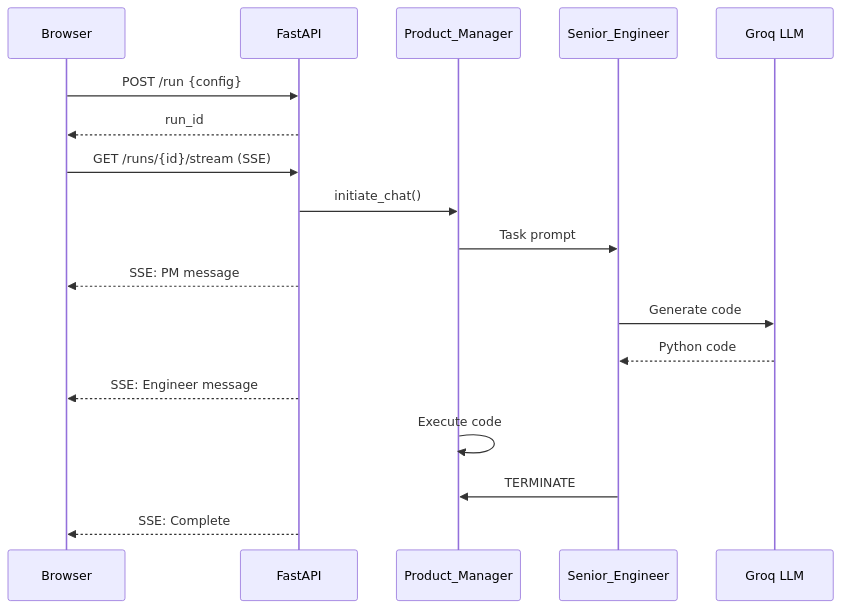
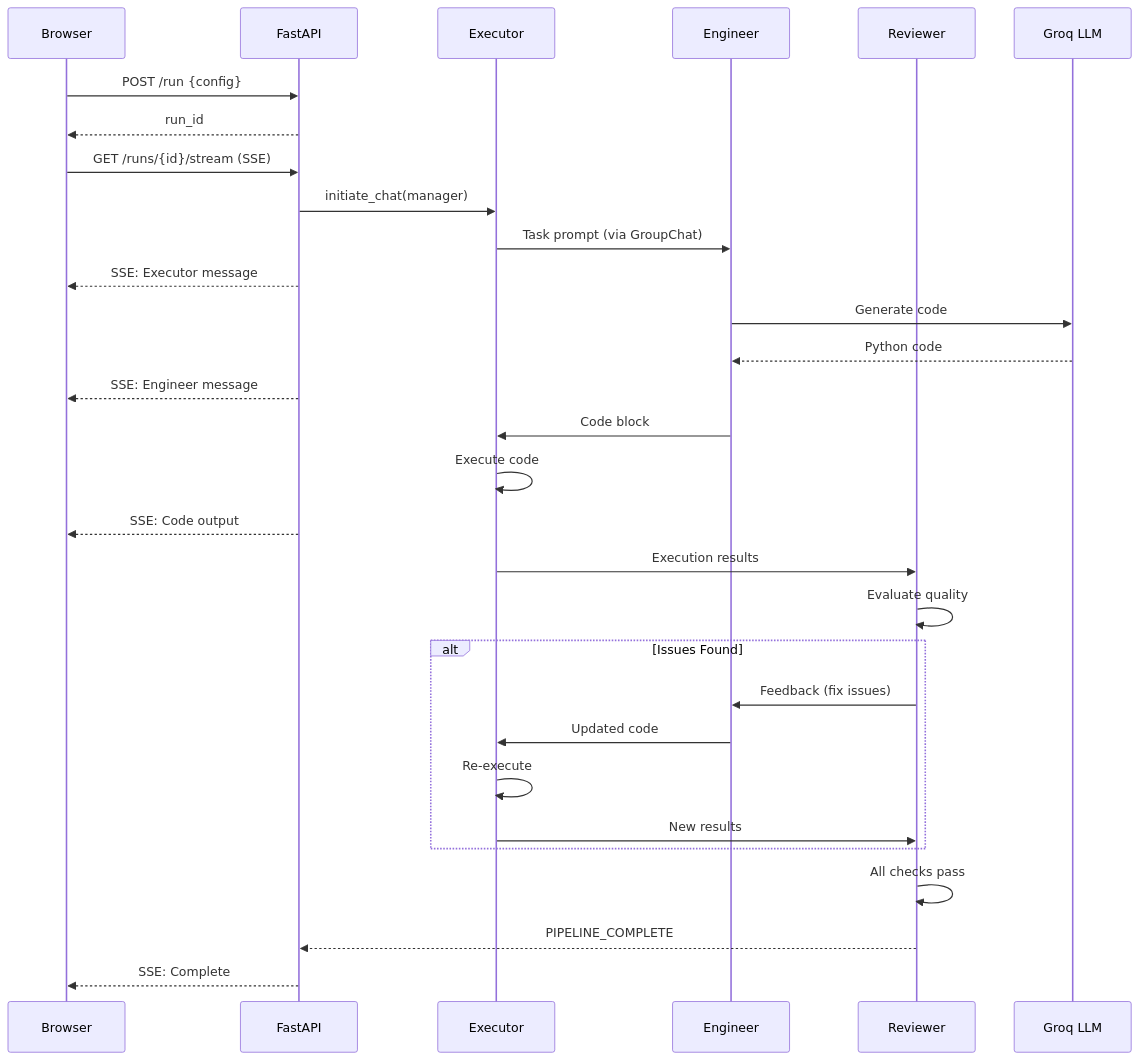
One commit to ishan-1010/CognitionFlow changed the diagram in README.md. Above: the diagram before and after it, drawn with Mermaid. The commit also changed other lines of this file and 16 other files, not shown here.

Commit message:
chore: Update Dockerfile and dependencies, enhance README, and implement three-agent review loop in the API. Version bumped to 3.0.0 with improved task templates and UI enhancements.

````diff
--- a/README.md
+++ b/README.md
@@ -161,24 +110,39 @@
 ```mermaid
 sequenceDiagram
     participant Browser
     participant FastAPI
-    participant PM as Product_Manager
-    participant Eng as Senior_Engineer
+    participant Exec as Executor
+    participant Eng as Engineer
+    participant Rev as Reviewer
     participant LLM as Groq LLM
-    
+
     Browser->>FastAPI: POST /run {config}
     FastAPI-->>Browser: run_id
     Browser->>FastAPI: GET /runs/{id}/stream (SSE)
-    
-    FastAPI->>PM: initiate_chat()
-    PM->>Eng: Task prompt
-    FastAPI-->>Browser: SSE: PM message
-    
+
+    FastAPI->>Exec: initiate_chat(manager)
+    Exec->>Eng: Task prompt (via GroupChat)
+    FastAPI-->>Browser: SSE: Executor message
+
     Eng->>LLM: Generate code
     LLM-->>Eng: Python code
     FastAPI-->>Browser: SSE: Engineer message
-    
-    PM->>PM: Execute code
-    Eng->>PM: TERMINATE
+
+    Eng->>Exec: Code block
+    Exec->>Exec: Execute code
+    FastAPI-->>Browser: SSE: Code output
+
+    Exec->>Rev: Execution results
+    Rev->>Rev: Evaluate quality
+
+    alt Issues Found
+        Rev->>Eng: Feedback (fix issues)
+        Eng->>Exec: Updated code
+        Exec->>Exec: Re-execute
+        Exec->>Rev: New results
+    end
+
+    Rev->>Rev: All checks pass
+    Rev-->>FastAPI: PIPELINE_COMPLETE
     FastAPI-->>Browser: SSE: Complete
 ```
````
